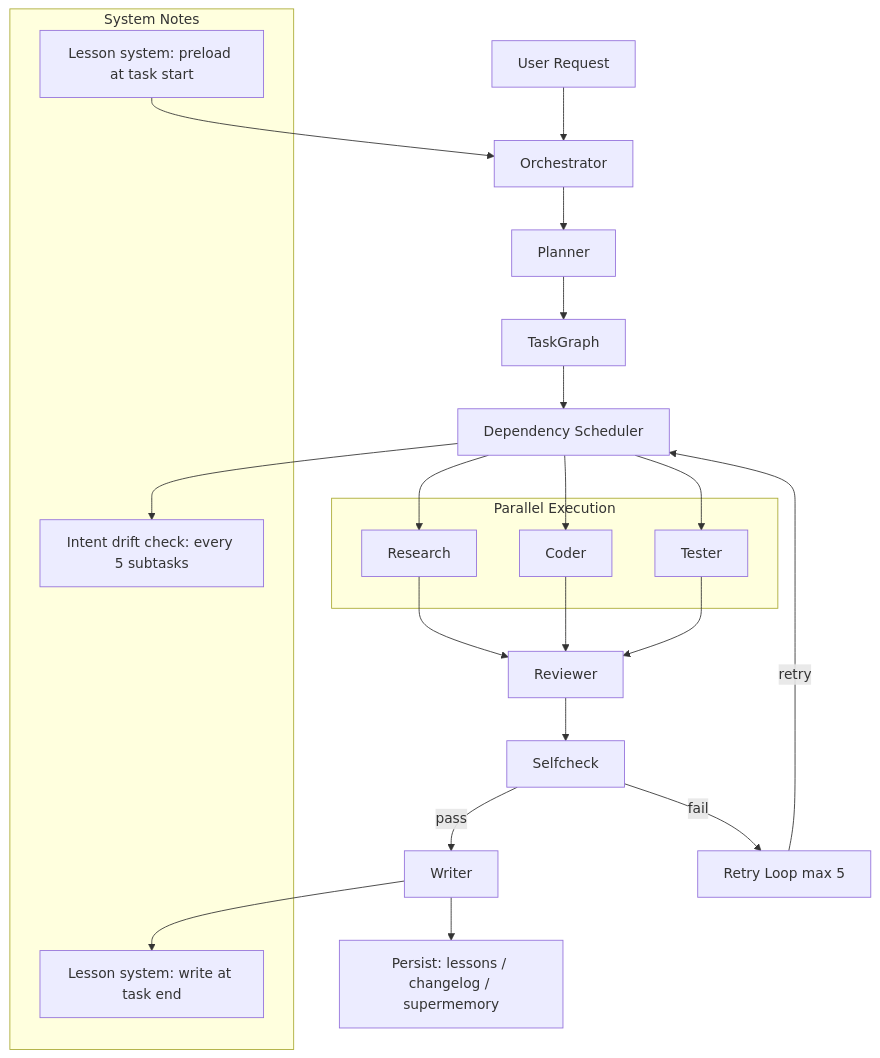
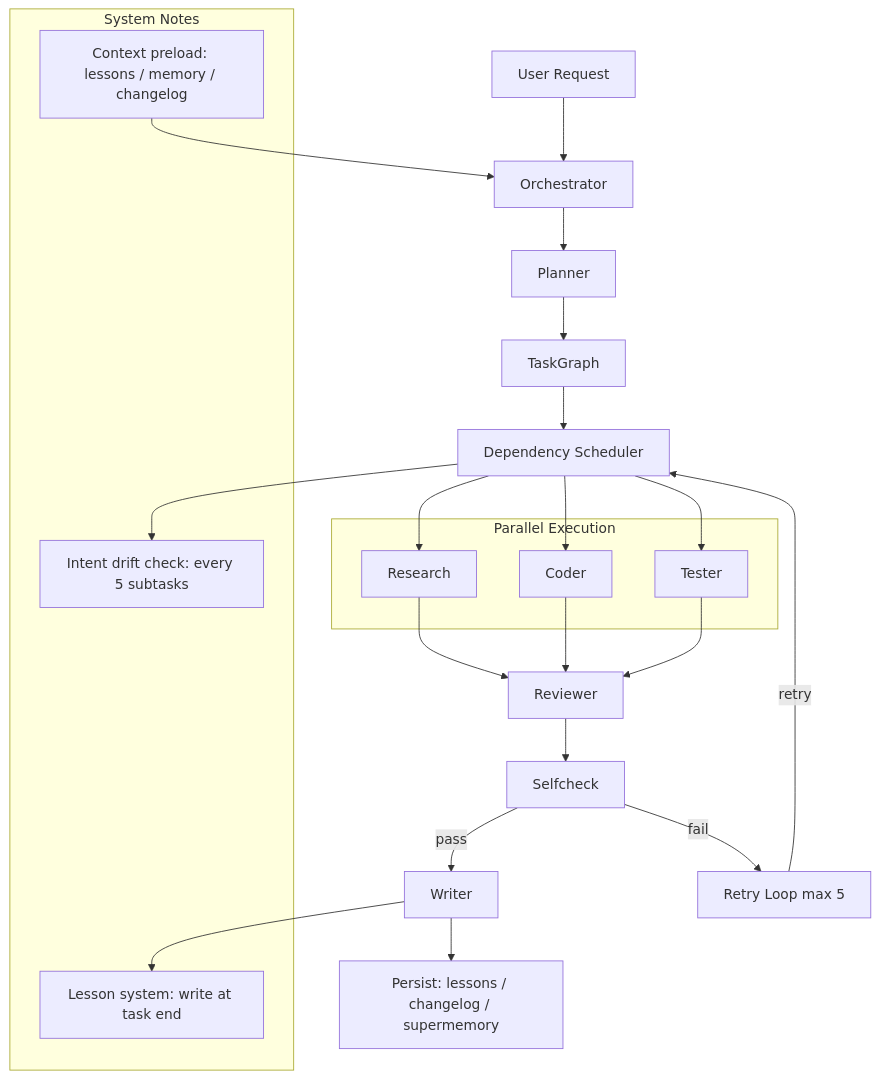
Before and after one commit to Wholiver/codemate: the diagram in README.en.md, drawn with Mermaid. The commit also changed 1 other file, not shown here.

Commit message:
docs: include memory and changelog in preload note

````diff
--- a/README.en.md
+++ b/README.en.md
@@ -61,38 +61,38 @@
 ```mermaid
 flowchart TD
   request[User Request] --> orchestrator[Orchestrator]
   orchestrator --> planner[Planner]
   planner --> task_graph[TaskGraph]
   task_graph --> scheduler[Dependency Scheduler]
 
   subgraph parallel[Parallel Execution]
     research[Research]
     coder[Coder]
     tester[Tester]
   end
 
   scheduler --> research
   scheduler --> coder
   scheduler --> tester
 
   research --> reviewer[Reviewer]
   coder --> reviewer
   tester --> reviewer
 
   reviewer --> selfcheck[Selfcheck]
   selfcheck -->|pass| writer[Writer]
   selfcheck -->|fail| retry_loop[Retry Loop max 5]
   retry_loop -->|retry| scheduler
 
   writer --> persistence[Persist: lessons / changelog / supermemory]
 
   subgraph notes[System Notes]
-    preload_note[Lesson system: preload at task start]
+    preload_note[Context preload: lessons / memory / changelog]
     write_note[Lesson system: write at task end]
     drift_note[Intent drift check: every 5 subtasks]
   end
 
   preload_note --> orchestrator
   writer --> write_note
   scheduler --> drift_note
 ```
````
